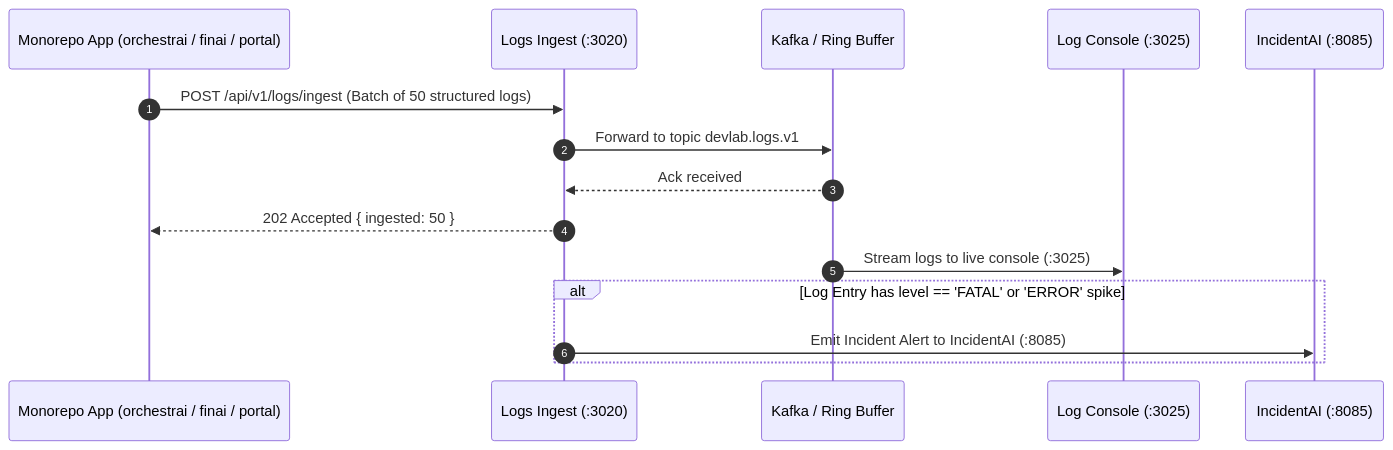
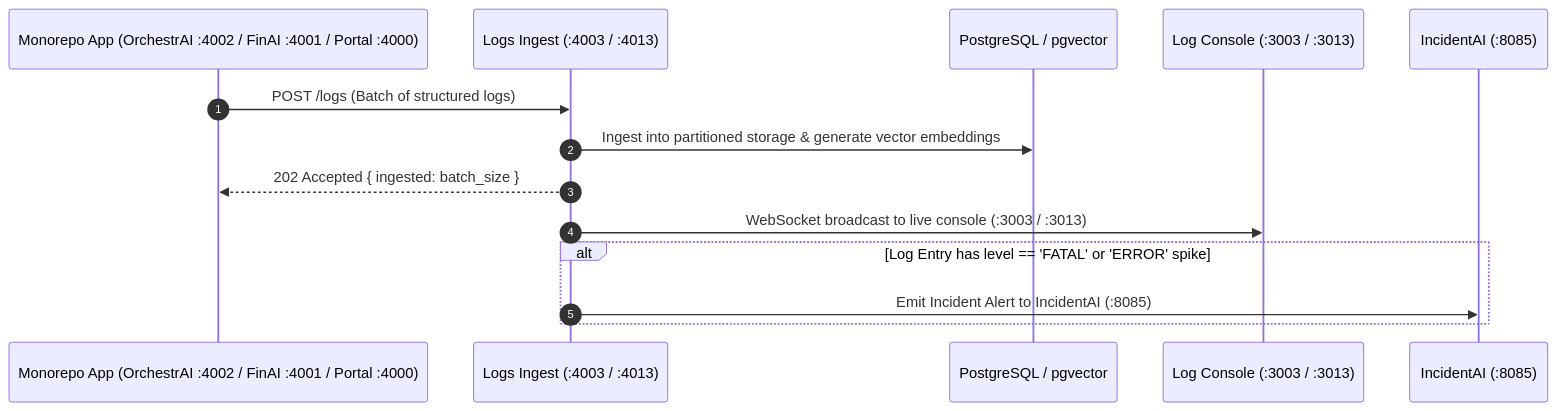
The diagram in PROJECT_INFO.md (yuvadevlab/devlab-logs), drawn with Mermaid before and after one commit. The commit also changed other lines of this file and 1 other file, not shown here.

Commit message:
docs(architecture): standardize ports, express engine, and telemetry routes

````diff
--- a/PROJECT_INFO.md
+++ b/PROJECT_INFO.md
@@ -98,20 +88,19 @@
 ```mermaid
 sequenceDiagram
     autonumber
-    participant App as Monorepo App (orchestrai / finai / portal)
-    participant Ingest as Logs Ingest (:3020)
-    participant Kafka as Kafka / Ring Buffer
-    participant Web as Log Console (:3025)
+    participant App as Monorepo App (OrchestrAI :4002 / FinAI :4001 / Portal :4000)
+    participant Ingest as Logs Ingest (:4003 / :4013)
+    participant DB as PostgreSQL / pgvector
+    participant Web as Log Console (:3003 / :3013)
     participant IA as IncidentAI (:8085)
 
-    App->>Ingest: POST /api/v1/logs/ingest (Batch of 50 structured logs)
-    Ingest->>Kafka: Forward to topic devlab.logs.v1
-    Kafka-->>Ingest: Ack received
-    Ingest-->>App: 202 Accepted { ingested: 50 }
+    App->>Ingest: POST /logs (Batch of structured logs)
+    Ingest->>DB: Ingest into partitioned storage & generate vector embeddings
+    Ingest-->>App: 202 Accepted { ingested: batch_size }
 
-    Kafka->>Web: Stream logs to live console (:3025)
+    Ingest->>Web: WebSocket broadcast to live console (:3003 / :3013)
 
     alt Log Entry has level == 'FATAL' or 'ERROR' spike
         Ingest->>IA: Emit Incident Alert to IncidentAI (:8085)
     end
 ```
````
